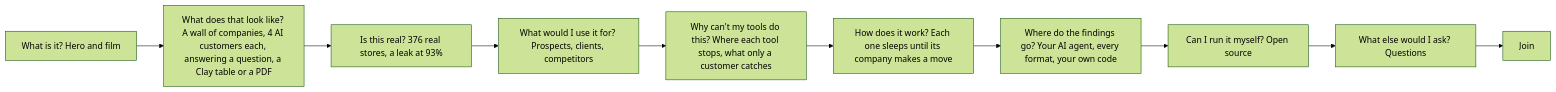
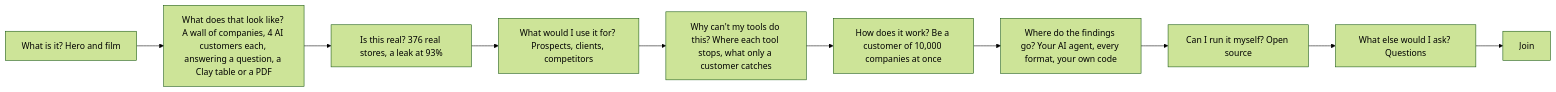
The second of 2 diagrams in COPY.md (UseObsession/homepage), drawn with Mermaid (forest theme) before and after one commit. The commit also changed other lines of this file and 2 other files, not shown here.

First line of the commit message:
How it works: sell the scale, not the sleep

````diff
--- a/COPY.md
+++ b/COPY.md
@@ -163,11 +163,11 @@
 ```mermaid
 flowchart LR
   a["What is it? Hero and film"] --> l["What does that look like? A wall of companies, 4 AI customers each, answering a question, a Clay table or a PDF"]
   l --> b["Is this real? 376 real stores, a leak at 93%"]
   b --> e["What would I use it for? Prospects, clients, competitors"]
   e --> d["Why can't my tools do this? Where each tool stops, what only a customer catches"]
-  d --> c["How does it work? Each one sleeps until its company makes a move"]
+  d --> c["How does it work? Be a customer of 10,000 companies at once"]
   c --> c2["Where do the findings go? Your AI agent, every format, your own code"]
   c2 --> o["Can I run it myself? Open source"]
   o --> j["What else would I ask? Questions"] --> k["Join"]
 ```
````
